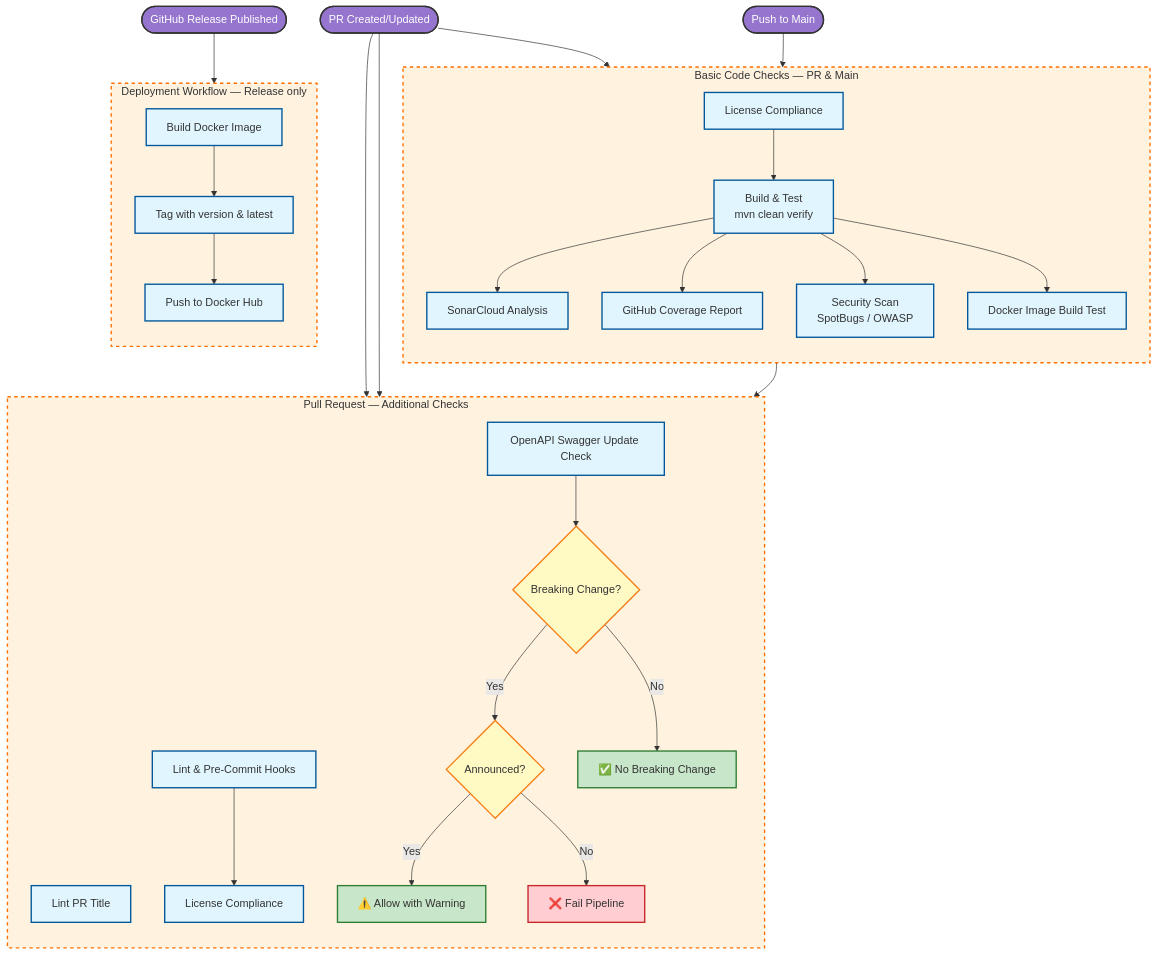
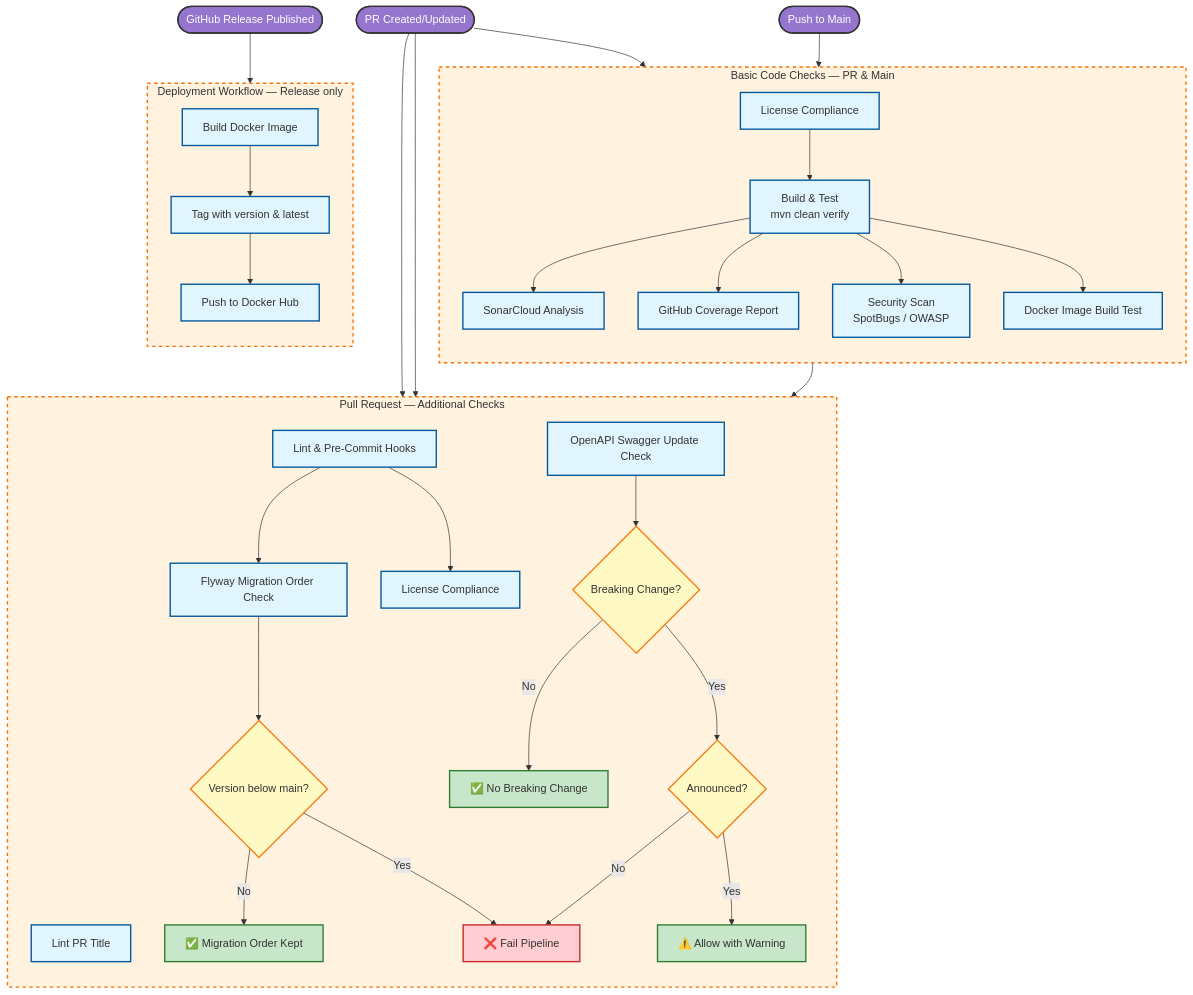
One commit to Decathlon/internal-developer-platform changed the diagram in docs/src/contributing/ci-workflow.md. Above: the diagram before and after it, drawn with Mermaid. The commit also changed other lines of this file and 4 other files, not shown here.

````diff
--- a/docs/src/contributing/ci-workflow.md
+++ b/docs/src/contributing/ci-workflow.md
@@ -8,68 +8,72 @@
 ```mermaid
 flowchart TD
     %% Triggers
     StartPR([PR Created/Updated])
     StartMain([Push to Main])
     StartRelease([GitHub Release Published])
 
     %% PR-only checks
     subgraph PR_Checks [Pull Request — Additional Checks]
         direction TB
         LintTitle[Lint PR Title]
         LintCode[Lint & Pre-Commit Hooks]
         OpenAPI[OpenAPI Swagger Update Check]
         BreakingChange{Breaking Change?}
         CheckCommit{Announced?}
         AllowBreaking[⚠️ Allow with Warning]
         FailPipeline[❌ Fail Pipeline]
 
         LintCode --> License2[License Compliance]
+        LintCode --> FlywayOrder[Flyway Migration Order Check]
+        FlywayOrder --> MigrationOrder{Version below main?}
+        MigrationOrder -->|Yes| FailPipeline
+        MigrationOrder -->|No| PassMigration[✅ Migration Order Kept]
         OpenAPI --> BreakingChange
         BreakingChange -->|Yes| CheckCommit
         CheckCommit -->|Yes| AllowBreaking
         CheckCommit -->|No| FailPipeline
         BreakingChange -->|No| PassBreaking[✅ No Breaking Change]
     end
 
     %% Shared checks — run on both PR and push to main
     subgraph SharedChecks [Basic Code Checks — PR & Main]
         direction TB
         License[License Compliance] --> Build
         Build[Build & Test\nmvn clean verify] --> Sonar[SonarCloud Analysis]
         Build --> Coverage[GitHub Coverage Report]
         Build --> Security[Security Scan\nSpotBugs / OWASP]
         Build --> DockerTest[Docker Image Build Test]
     end
 
     %% Release / deployment
     subgraph Deploy_Flow [Deployment Workflow — Release only]
         direction TB
         BuildProd[Build Docker Image] --> TagImage[Tag with version & latest]
         TagImage --> PushReg[Push to Docker Hub]
     end
 
     %% Connections
     StartPR --> LintTitle
     StartPR --> LintCode
     StartPR --> SharedChecks
     SharedChecks --> OpenAPI
 
     StartMain --> SharedChecks
 
     StartRelease --> BuildProd
 
     %% Styling
     classDef trigger fill:#9575cd,stroke:#333,stroke-width:2px,color:white;
     classDef step fill:#e1f5fe,stroke:#01579b,stroke-width:2px;
     classDef decision fill:#fff9c4,stroke:#f57f17,stroke-width:2px;
     classDef success fill:#c8e6c9,stroke:#2e7d32,stroke-width:2px;
     classDef failure fill:#ffcdd2,stroke:#c62828,stroke-width:2px;
     classDef container fill:#fff3e0,stroke:#ff6f00,stroke-width:2px,stroke-dasharray: 5 5;
 
     class StartPR,StartMain,StartRelease trigger;
-    class LintTitle,LintCode,License,License2,Build,Sonar,Coverage,Security,DockerTest,OpenAPI,BuildProd,TagImage,PushReg step;
-    class BreakingChange,CheckCommit decision;
-    class PassBreaking,AllowBreaking success;
+    class LintTitle,LintCode,License,License2,Build,Sonar,Coverage,Security,DockerTest,OpenAPI,FlywayOrder,BuildProd,TagImage,PushReg step;
+    class BreakingChange,CheckCommit,MigrationOrder decision;
+    class PassBreaking,PassMigration,AllowBreaking success;
     class FailPipeline failure;
     class SharedChecks,PR_Checks,Deploy_Flow container;
 ```
````
